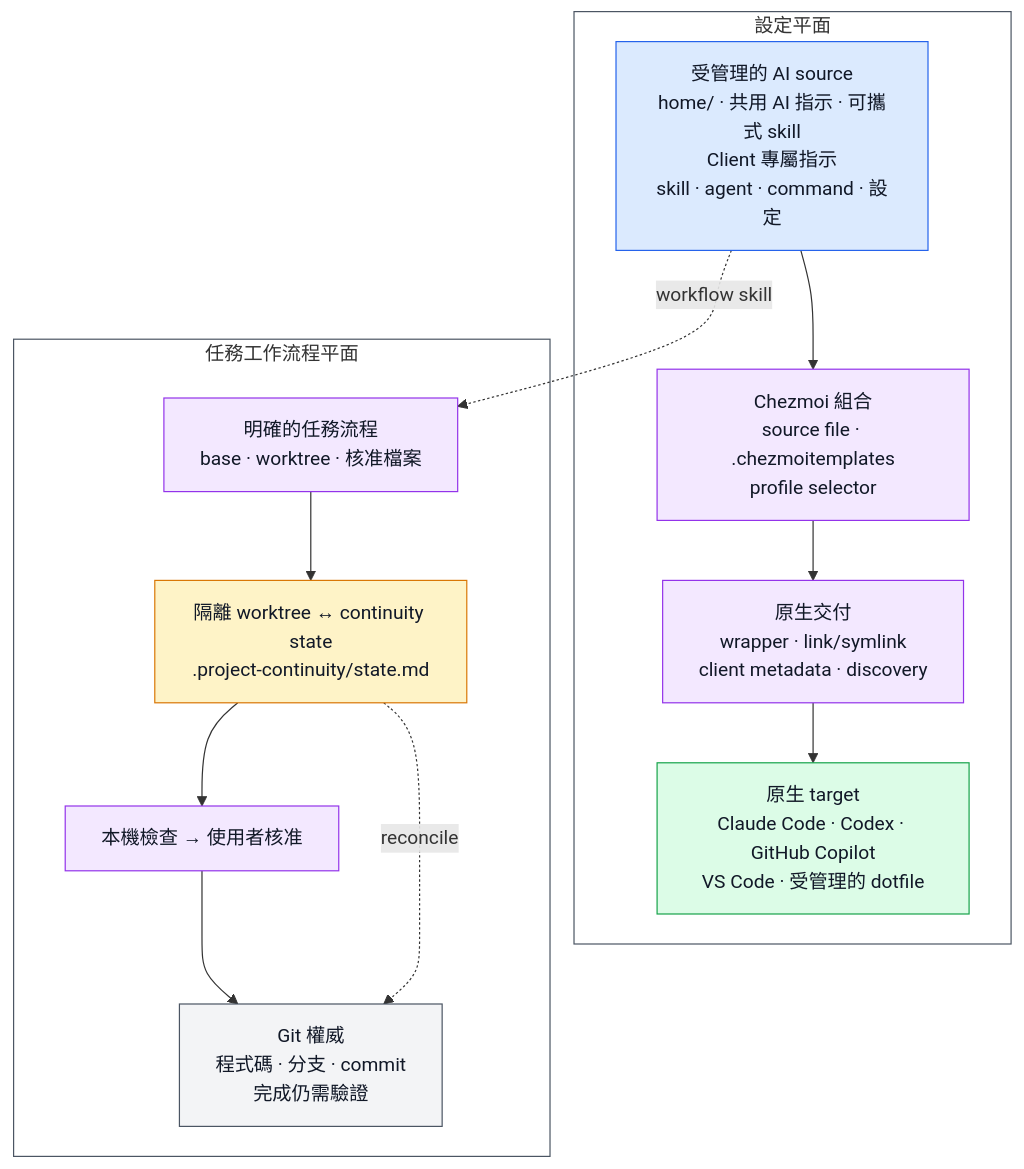
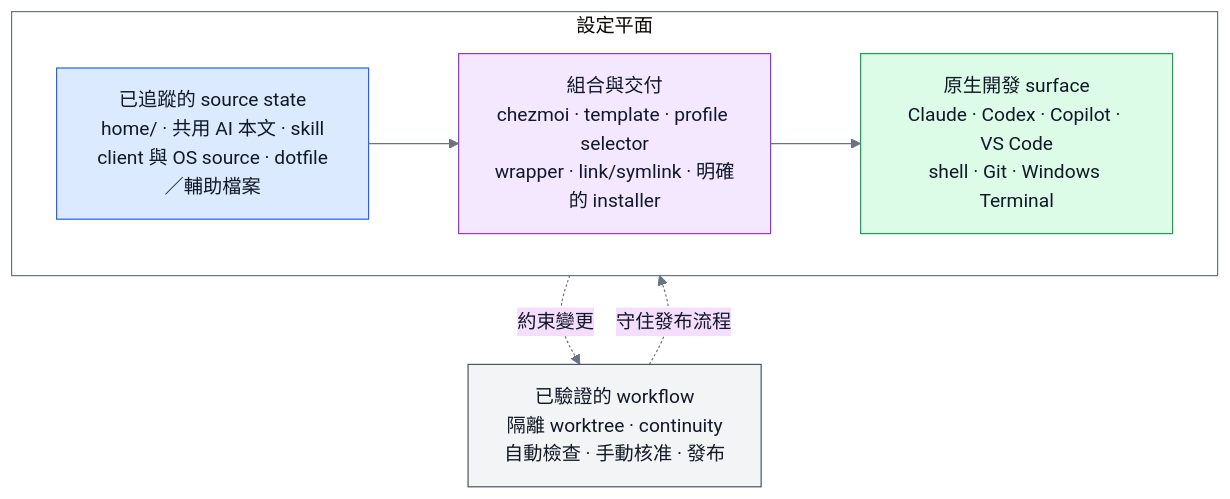
Before and after one commit to sherrilla71940/personal-agentic-dev-environment: the first of 4 diagrams in README.zh-TW.md, drawn with Mermaid. The commit also changed other lines of this file and 23 other files, not shown here.

Commit message:
feat(worktree): harden isolated task provisioning

````diff
--- a/README.zh-TW.md
+++ b/README.zh-TW.md
@@ -47,32 +52,26 @@
 ```mermaid
+%%{init: {"theme": "base", "themeVariables": {"primaryTextColor": "#111827", "nodeTextColor": "#111827", "textColor": "#111827", "lineColor": "#6b7280"}, "flowchart": {"useMaxWidth": true}}}%%
 flowchart TB
     subgraph configuration["設定平面"]
-        aiSources["受管理的 AI source<br/>home/ · 共用 AI 指示 · 可攜式 skill<br/>Client 專屬指示<br/>skill · agent · command · 設定"]:::source
-        compose["Chezmoi 組合<br/>source file · .chezmoitemplates<br/>profile selector"]:::process
-        adapt["原生交付<br/>wrapper · link/symlink<br/>client metadata · discovery"]:::process
-        targets["原生 target<br/>Claude Code · Codex · GitHub Copilot<br/>VS Code · 受管理的 dotfile"]:::target
-        aiSources --> compose
-        compose --> adapt --> targets
+        direction LR
+        sources["已追蹤的 source state<br/>home/ · 共用 AI 本文 · skill<br/>client 與 OS source · dotfile／輔助檔案"]:::source
+        delivery["組合與交付<br/>chezmoi · template · profile selector<br/>wrapper · link/symlink · 明確的 installer"]:::process
+        targets["原生開發 surface<br/>Claude · Codex · Copilot · VS Code<br/>shell · Git · Windows Terminal"]:::target
+        sources --> delivery --> targets
     end
 
-    subgraph workflow["任務工作流程平面"]
-        task["明確的任務流程<br/>base · worktree · 核准檔案"]:::process
-        state["隔離 worktree ↔ continuity state<br/>.project-continuity/state.md"]:::state
-        verify["本機檢查 → 使用者核准"]:::check
-        authority["Git 權威<br/>程式碼 · 分支 · commit<br/>完成仍需驗證"]:::authority
-        task --> state --> verify --> authority
-    end
-
-    aiSources -. workflow skill .-> task
-    state -. reconcile .-> authority
+    workflow["已驗證的 workflow<br/>隔離 worktree · continuity<br/>自動檢查 · 手動核准 · 發布"]:::workflow
+    delivery -. "約束變更" .-> workflow
+    workflow -. "守住發布流程" .-> targets
 
     classDef source fill:#dbeafe,stroke:#2563eb,color:#111827
     classDef process fill:#f3e8ff,stroke:#9333ea,color:#111827
     classDef target fill:#dcfce7,stroke:#16a34a,color:#111827
-    classDef state fill:#fef3c7,stroke:#d97706,color:#111827
-    classDef check fill:#f3e8ff,stroke:#9333ea,color:#111827
-    classDef authority fill:#f3f4f6,stroke:#4b5563,color:#111827
+    classDef workflow fill:#f3f4f6,stroke:#4b5563,color:#111827
 
-    style configuration fill:transparent,stroke:#4b5563,stroke-width:1px
-    style workflow fill:transparent,stroke:#4b5563,stroke-width:1px
+    style sources color:#111827
+    style delivery color:#111827
+    style targets color:#111827
+    style workflow color:#111827
+    style configuration fill:transparent,stroke:#6b7280,stroke-width:1px
 ```
````
